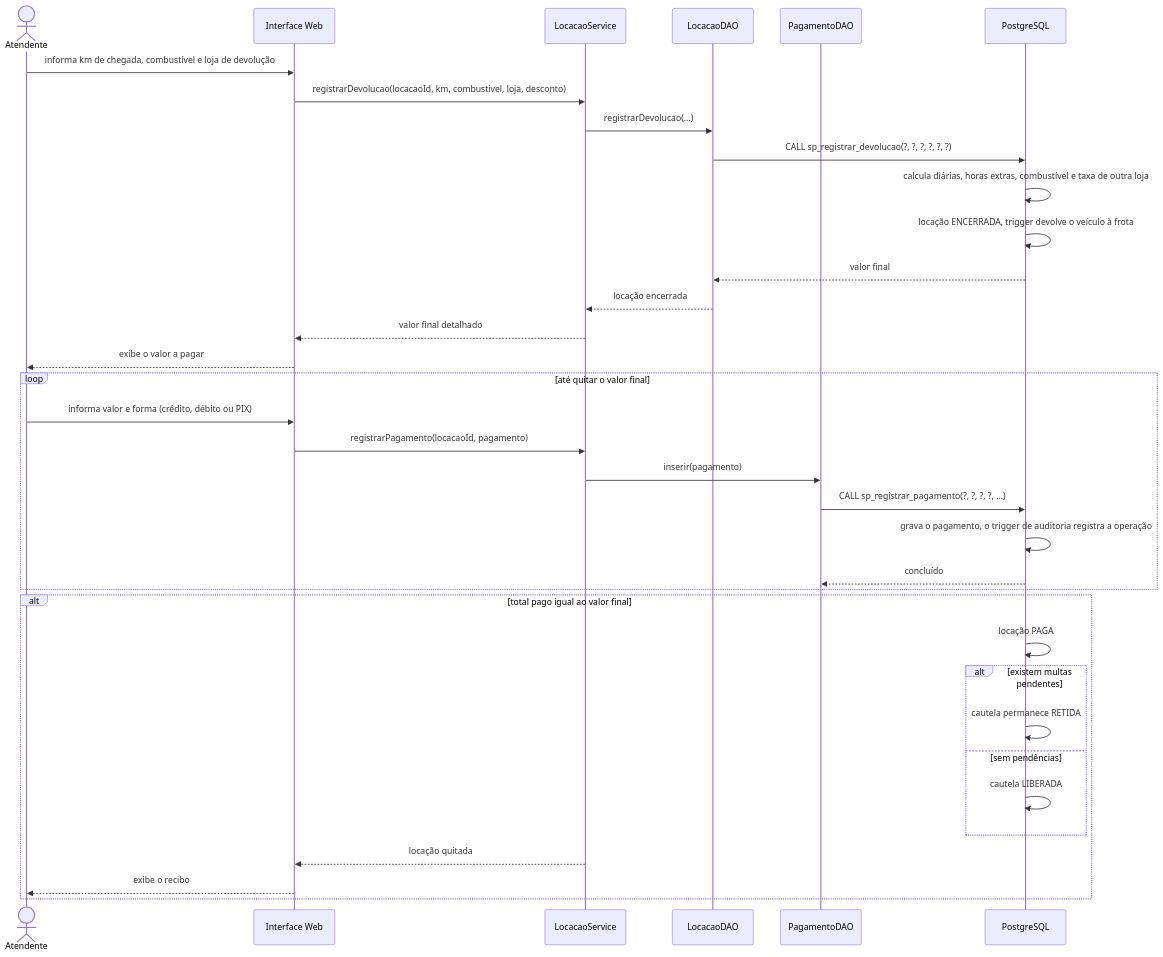
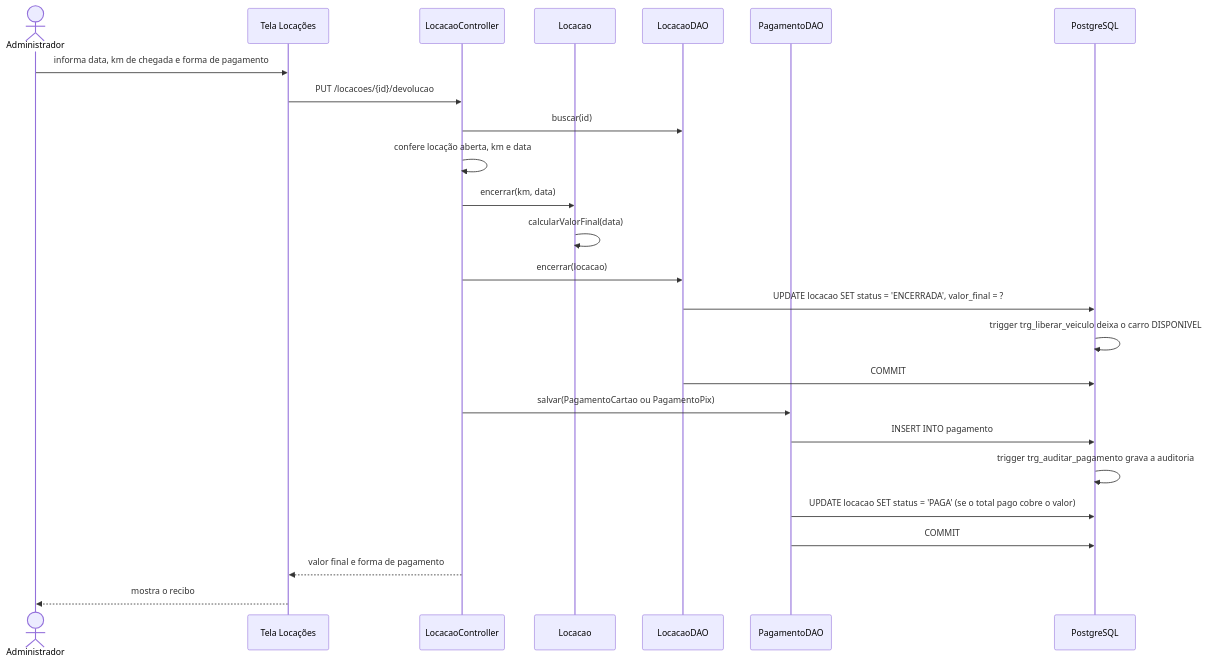
The third of 7 diagrams in docs/artigo.md (lucasorlandi7/NextDrive), drawn with Mermaid before and after one commit. The commit also changed other lines of this file, not shown here.

````diff
--- a/docs/artigo.md
+++ b/docs/artigo.md
@@ -1139,40 +1028,28 @@
 ```mermaid
 sequenceDiagram
-    actor A as Atendente
-    participant W as Interface Web
-    participant LS as LocacaoService
+    actor U as Administrador
+    participant T as Tela Locações
+    participant LC as LocacaoController
+    participant L as Locacao
     participant LD as LocacaoDAO
     participant PD as PagamentoDAO
     participant DB as PostgreSQL
 
-    A->>W: informa km de chegada, combustível e loja de devolução
-    W->>LS: registrarDevolucao(locacaoId, km, combustivel, loja, desconto)
-    LS->>LD: registrarDevolucao(...)
-    LD->>DB: CALL sp_registrar_devolucao(?, ?, ?, ?, ?, ?)
-    DB->>DB: calcula diárias, horas extras, combustível e taxa de outra loja
-    DB->>DB: locação ENCERRADA, trigger devolve o veículo à frota
-    DB-->>LD: valor final
-    LD-->>LS: locação encerrada
-    LS-->>W: valor final detalhado
-    W-->>A: exibe o valor a pagar
-
-    loop até quitar o valor final
-        A->>W: informa valor e forma (crédito, débito ou PIX)
-        W->>LS: registrarPagamento(locacaoId, pagamento)
-        LS->>PD: inserir(pagamento)
-        PD->>DB: CALL sp_registrar_pagamento(?, ?, ?, ?, ...)
-        DB->>DB: grava o pagamento, o trigger de auditoria registra a operação
-        DB-->>PD: concluído
-    end
-
-    alt total pago igual ao valor final
-        DB->>DB: locação PAGA
-        alt existem multas pendentes
-            DB->>DB: cautela permanece RETIDA
-        else sem pendências
-            DB->>DB: cautela LIBERADA
-        end
-        LS-->>W: locação quitada
-        W-->>A: exibe o recibo
-    end
+    U->>T: informa data, km de chegada e forma de pagamento
+    T->>LC: PUT /locacoes/{id}/devolucao
+    LC->>LD: buscar(id)
+    LC->>LC: confere locação aberta, km e data
+    LC->>L: encerrar(km, data)
+    L->>L: calcularValorFinal(data)
+    LC->>LD: encerrar(locacao)
+    LD->>DB: UPDATE locacao SET status = 'ENCERRADA', valor_final = ?
+    DB->>DB: trigger trg_liberar_veiculo deixa o carro DISPONIVEL
+    LD->>DB: COMMIT
+    LC->>PD: salvar(PagamentoCartao ou PagamentoPix)
+    PD->>DB: INSERT INTO pagamento
+    DB->>DB: trigger trg_auditar_pagamento grava a auditoria
+    PD->>DB: UPDATE locacao SET status = 'PAGA' (se o total pago cobre o valor)
+    PD->>DB: COMMIT
+    LC-->>T: valor final e forma de pagamento
+    T-->>U: mostra o recibo
 ```
````
